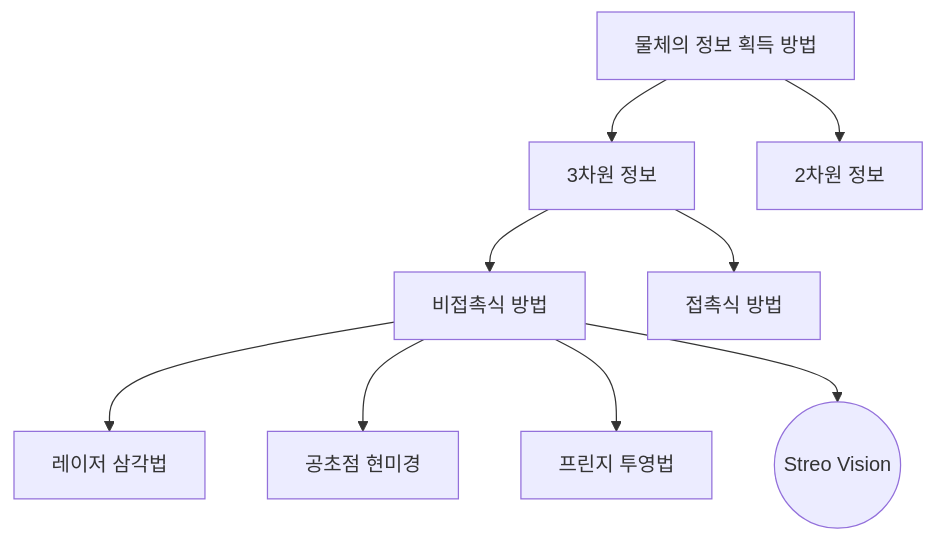
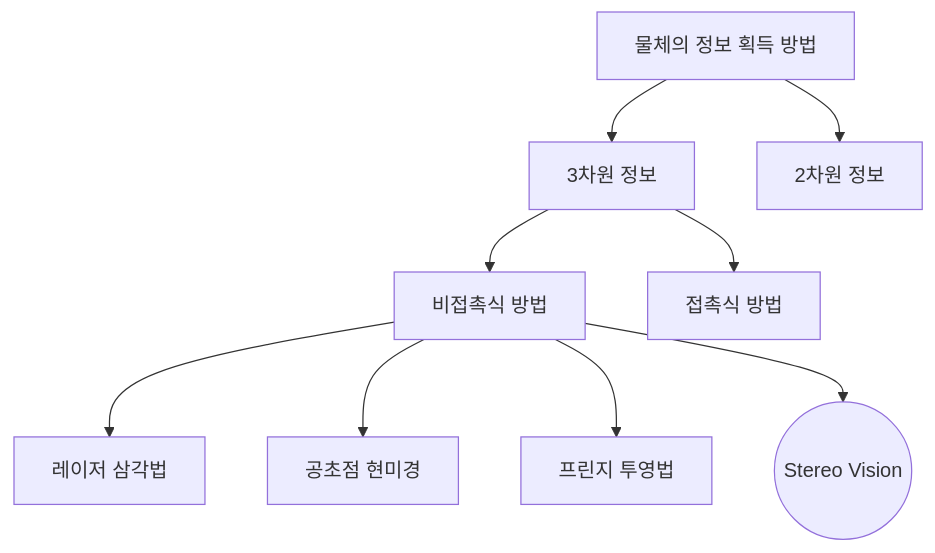
The first of 2 diagrams in 1. StreoVision/README.md (SagiK-Repository/StereoVision), drawn with Mermaid before and after one commit. The commit also changed other lines of this file, not shown here.

Commit message:
Edit Streo > Stereo

````diff
--- a/1. StreoVision/README.md
+++ b/1. StreoVision/README.md
@@ -20,8 +20,8 @@
 ```mermaid
 flowchart TB
 D["물체의 정보 획득 방법"]
 D --> A["3차원 정보"]
 D --> A_1["2차원 정보"]
 A --> B_1["비접촉식 방법"] & B_2["접촉식 방법"]
-B_1 --> C_1["레이저 삼각법"] & C_2["공초점 현미경"] & C_3["프린지 투영법"] & C_4(("Streo Vision"))
+B_1 --> C_1["레이저 삼각법"] & C_2["공초점 현미경"] & C_3["프린지 투영법"] & C_4(("Stereo Vision"))
 ```
````
